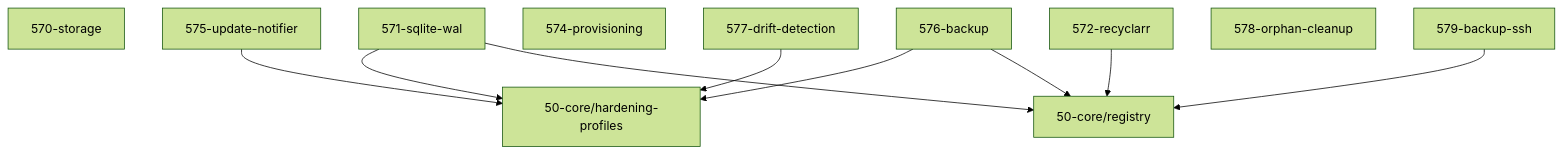
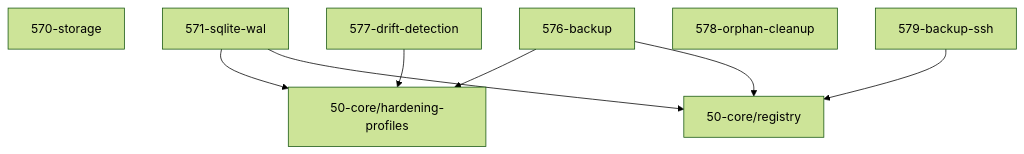
Before and after one commit to grapefruit89/mediNix-core: the diagram in 57-maintenance/AGENTS.md, drawn with Mermaid (forest theme). The commit also changed other lines of this file and 32 other files, not shown here.

````diff
--- a/57-maintenance/AGENTS.md
+++ b/57-maintenance/AGENTS.md
@@ -59,14 +56,11 @@
 ```mermaid
 graph TD
   570_storage["570-storage"]
   571_sqlite_wal["571-sqlite-wal"] --> hardening_profiles["50-core/hardening-profiles"]
   571_sqlite_wal["571-sqlite-wal"] --> registry["50-core/registry"]
-  572_recyclarr["572-recyclarr"] --> registry["50-core/registry"]
-  574_provisioning["574-provisioning"]
-  575_update_notifier["575-update-notifier"] --> hardening_profiles["50-core/hardening-profiles"]
   576_backup["576-backup"] --> hardening_profiles["50-core/hardening-profiles"]
   576_backup["576-backup"] --> registry["50-core/registry"]
   577_drift_detection["577-drift-detection"] --> hardening_profiles["50-core/hardening-profiles"]
   578_orphan_cleanup["578-orphan-cleanup"]
   579_backup_ssh["579-backup-ssh"] --> registry["50-core/registry"]
 ```
````
